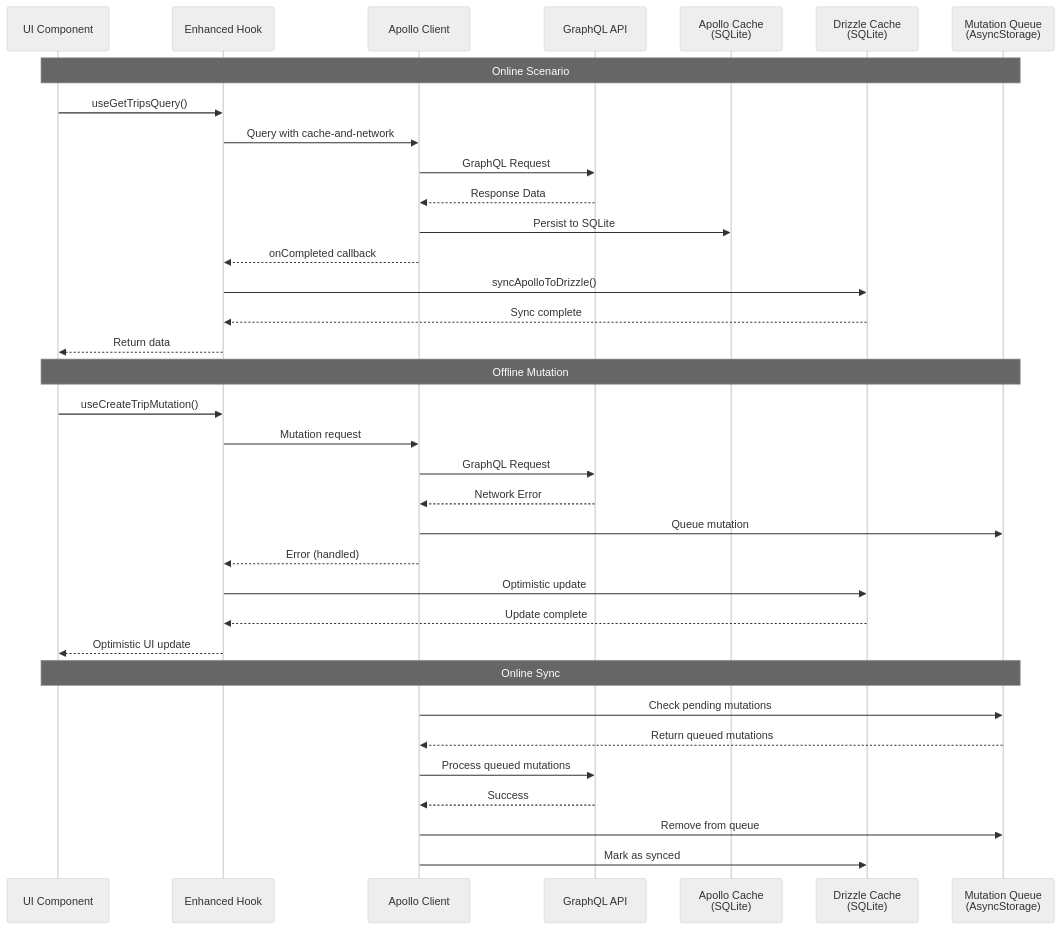
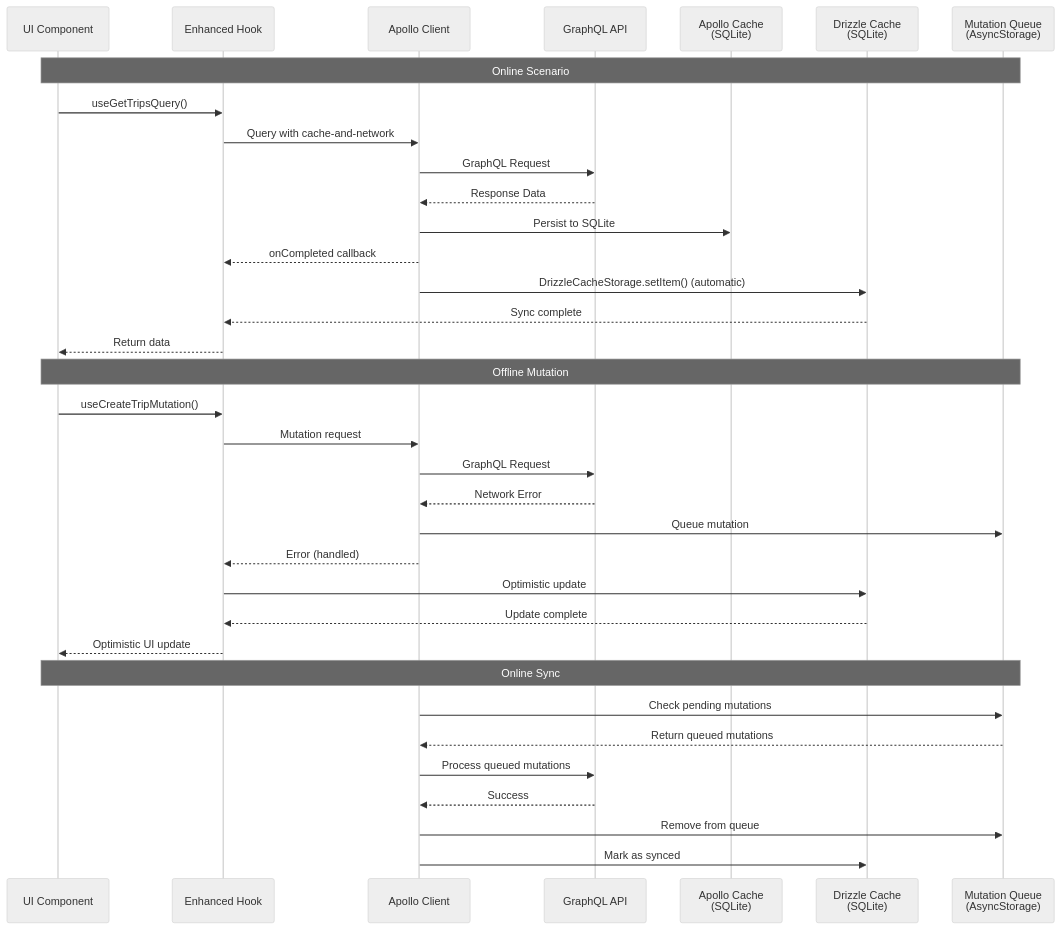
The fourth of 11 diagrams in README.md (mehotkhan/safarnak.app), drawn with Mermaid (neutral theme) before and after one commit. The commit also changed other lines of this file and 5 other files, not shown here.

````diff
--- a/README.md
+++ b/README.md
@@ -220,40 +196,40 @@
 ```mermaid
 sequenceDiagram
   participant UI as UI Component
   participant EH as Enhanced Hook
   participant AC as Apollo Client
   participant API as GraphQL API
   participant ACache as Apollo Cache<br/>(SQLite)
   participant DCache as Drizzle Cache<br/>(SQLite)
   participant Queue as Mutation Queue<br/>(AsyncStorage)
 
   Note over UI,Queue: Online Scenario
   UI->>EH: useGetTripsQuery()
   EH->>AC: Query with cache-and-network
   AC->>API: GraphQL Request
   API-->>AC: Response Data
   AC->>ACache: Persist to SQLite
   AC-->>EH: onCompleted callback
-  EH->>DCache: syncApolloToDrizzle()
+    AC->>DCache: DrizzleCacheStorage.setItem() (automatic)
   DCache-->>EH: Sync complete
   EH-->>UI: Return data
 
   Note over UI,Queue: Offline Mutation
   UI->>EH: useCreateTripMutation()
   EH->>AC: Mutation request
   AC->>API: GraphQL Request
   API-->>AC: Network Error
   AC->>Queue: Queue mutation
   AC-->>EH: Error (handled)
   EH->>DCache: Optimistic update
   DCache-->>EH: Update complete
   EH-->>UI: Optimistic UI update
 
   Note over UI,Queue: Online Sync
   AC->>Queue: Check pending mutations
   Queue-->>AC: Return queued mutations
   AC->>API: Process queued mutations
   API-->>AC: Success
   AC->>Queue: Remove from queue
   AC->>DCache: Mark as synced
 ```
````
